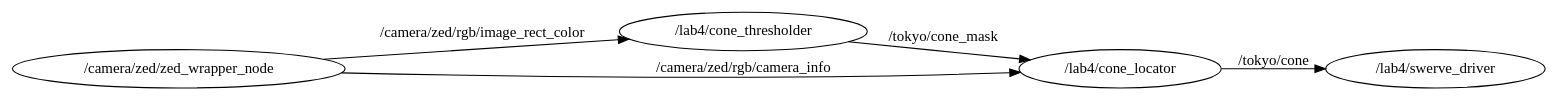
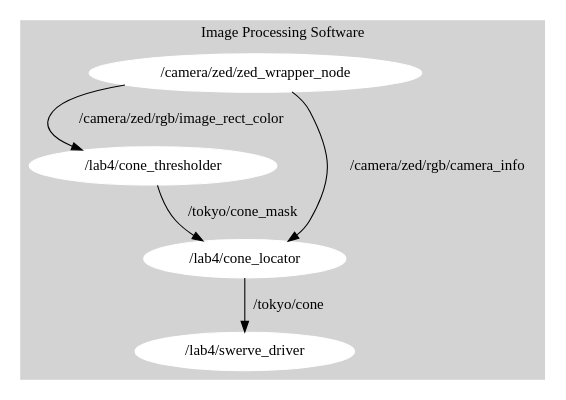
Before and after one commit to mit-racecar/6.141-spring-2016-team-5-documentation: the diagram in assets/images/lab4/rosgraph.dot, drawn with Graphviz. The commit also changed 2 other files, not shown here.

Commit message:
Updated software architecture graph to be consistant with the rest of the writeup.

```diff
--- a/assets/images/lab4/rosgraph.dot
+++ b/assets/images/lab4/rosgraph.dot
@@ -1,19 +1,20 @@
-digraph lab4 {
-	graph [
-		compound=True,
-		rank=same,
-		rankdir=LR,
-		ranksep=0.2
-	];
-	node [height=0.5, shape="ellipse"];
+# http://www.graphviz.org/content/cluster
 
-	zed              [label="/camera/zed/zed_wrapper_node"];
-	cone_thresholder [label="/lab4/cone_thresholder"];
-	cone_locator     [label="/lab4/cone_locator"];
-	swerve_driver    [label="/lab4/swerve_driver"];
+digraph G {
 
-	zed -> cone_thresholder          [label="/camera/zed/rgb/image_rect_color"];
-	zed -> cone_locator              [label="/camera/zed/rgb/camera_info"];
-	cone_thresholder -> cone_locator [label="/tokyo/cone_mask"];
-	cone_locator -> swerve_driver    [label="/tokyo/cone"];
+	subgraph cluster_0 {
+		style=filled;
+		color=lightgrey;
+		node [style=filled,color=white];
+		zed              [label="/camera/zed/zed_wrapper_node"];
+	    cone_thresholder [label="/lab4/cone_thresholder"];
+	    cone_locator     [label="/lab4/cone_locator"];
+	    swerve_driver    [label="/lab4/swerve_driver"];
+
+	    zed -> cone_thresholder          [label="/camera/zed/rgb/image_rect_color"];
+	    zed -> cone_locator              [label="/camera/zed/rgb/camera_info"];
+	    cone_thresholder -> cone_locator [label="/tokyo/cone_mask"];
+	    cone_locator -> swerve_driver    [label="/tokyo/cone"];
+		  label = "Image Processing Software";
+	}
 }
```
